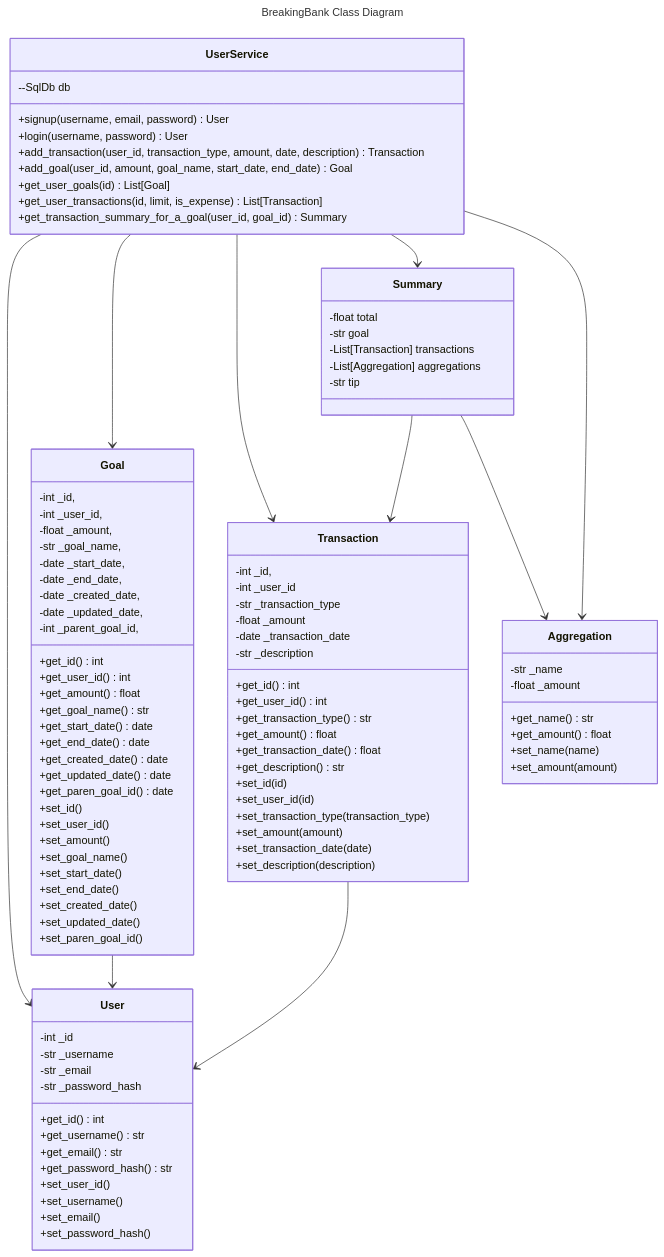
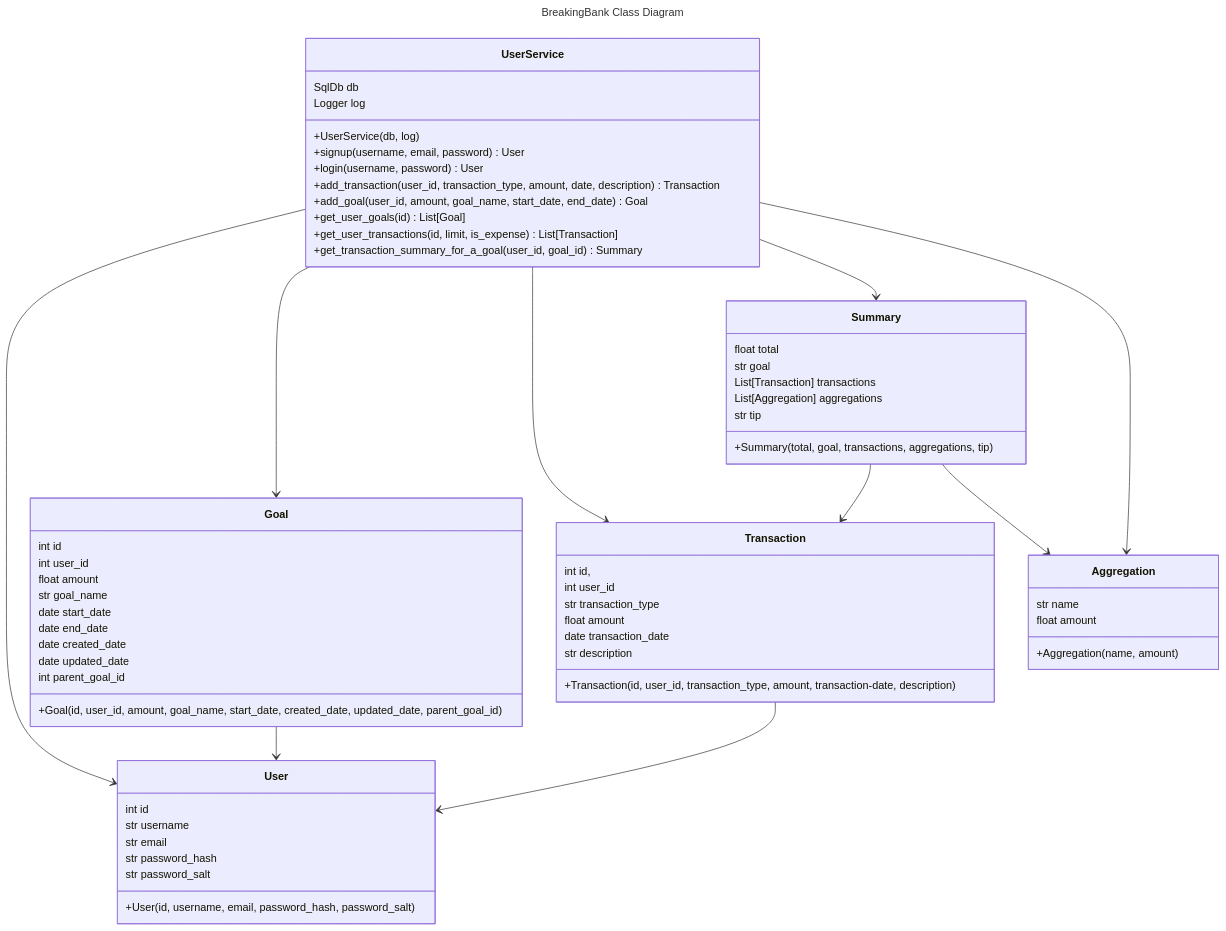
The diagram in 02. My Portfolio/3. Application Design/AD-07 Class Diagrams.md (AlexandriaParkCS/2026-y12-SE-PhilipYaroshchyk-pwa-obsidian-portfolio), drawn with Mermaid before and after one commit. The commit also changed 45 other files, not shown here.

```diff
--- a/02. My Portfolio/3. Application Design/AD-07 Class Diagrams.md
+++ b/02. My Portfolio/3. Application Design/AD-07 Class Diagrams.md
@@ -24,98 +24,63 @@
 	
 
 class User {
-	-int _id
-	-str _username
-	-str _email
-	-str _password_hash
+	int id
+	str username
+	str email
+	str password_hash
+	str password_salt
 	
-	+get_id() int
-	+get_username() str
-	+get_email() str
-	+get_password_hash() str
-	
-	+set_user_id()
-	+set_username()
-	+set_email()
-	+set_password_hash()
+	+User(id, username, email, password_hash, password_salt)
 }
 
 class Transaction { 
-	-int _id, 
-	-int _user_id
-	-str _transaction_type
-	-float _amount
-	-date _transaction_date
-	-str _description
+	int id, 
+	int user_id
+	str transaction_type
+	float amount
+	date transaction_date
+	str description
 	
-	+get_id() int 
-	+get_user_id() int 
-	+get_transaction_type() str 
-	+get_amount() float 
-	+get_transaction_date() float 
-	+get_description() str
-	
-	+set_id(id)
-	+set_user_id(id)
-	+set_transaction_type(transaction_type)
-	+set_amount(amount)
-	+set_transaction_date(date)
-	+set_description(description)
-	
+	+Transaction(id, user_id, transaction_type, amount, transaction-date, description)
 } 
 
 class Goal { 
-	-int _id, 
-	-int _user_id, 
-	-float _amount, 
-	-str _goal_name,
-	-date _start_date, 
-	-date _end_date,
-	-date _created_date, 
-	-date _updated_date,
-	-int _parent_goal_id,
+	int id 
+	int user_id 
+	float amount 
+	str goal_name
+	date start_date
+	date end_date
+	date created_date
+	date updated_date
+	int parent_goal_id
 	
-	+get_id() int
-	+get_user_id() int
-	+get_amount() float
-	+get_goal_name() str
-	+get_start_date() date 
-	+get_end_date() date 
-	+get_created_date() date 
-	+get_updated_date() date 
-	+get_paren_goal_id() date 
+	+Goal(id, user_id, amount, goal_name, start_date, created_date, updated_date, parent_goal_id)
 	
-	+set_id()
-	+set_user_id()
-	+set_amount()
-	+set_goal_name()
-	+set_start_date()
-	+set_end_date()
-	+set_created_date()
-	+set_updated_date()
-	+set_paren_goal_id()
 }
 
 class Aggregation {
-	-str _name
-	-float _amount
+	str name
+	float amount
 	
-	+get_name() str
-	+get_amount() float
-	+set_name(name)
-	+set_amount(amount)
+	+Aggregation(name, amount)
 }
 
 class Summary {
-	-float total
-	-str goal
-	-List[Transaction] transactions
-	-List[Aggregation] aggregations
-	-str tip
+	float total
+	str goal
+	List[Transaction] transactions
+	List[Aggregation] aggregations
+	str tip
+	
+	+Summary(total, goal, transactions, aggregations, tip)
 }
 
 class UserService {
-	--SqlDb db
+	SqlDb db
+	Logger log
+	
+	+UserService(db, log)
 	
 	+signup(username, email, password) User
 	+login(username, password) User
```
